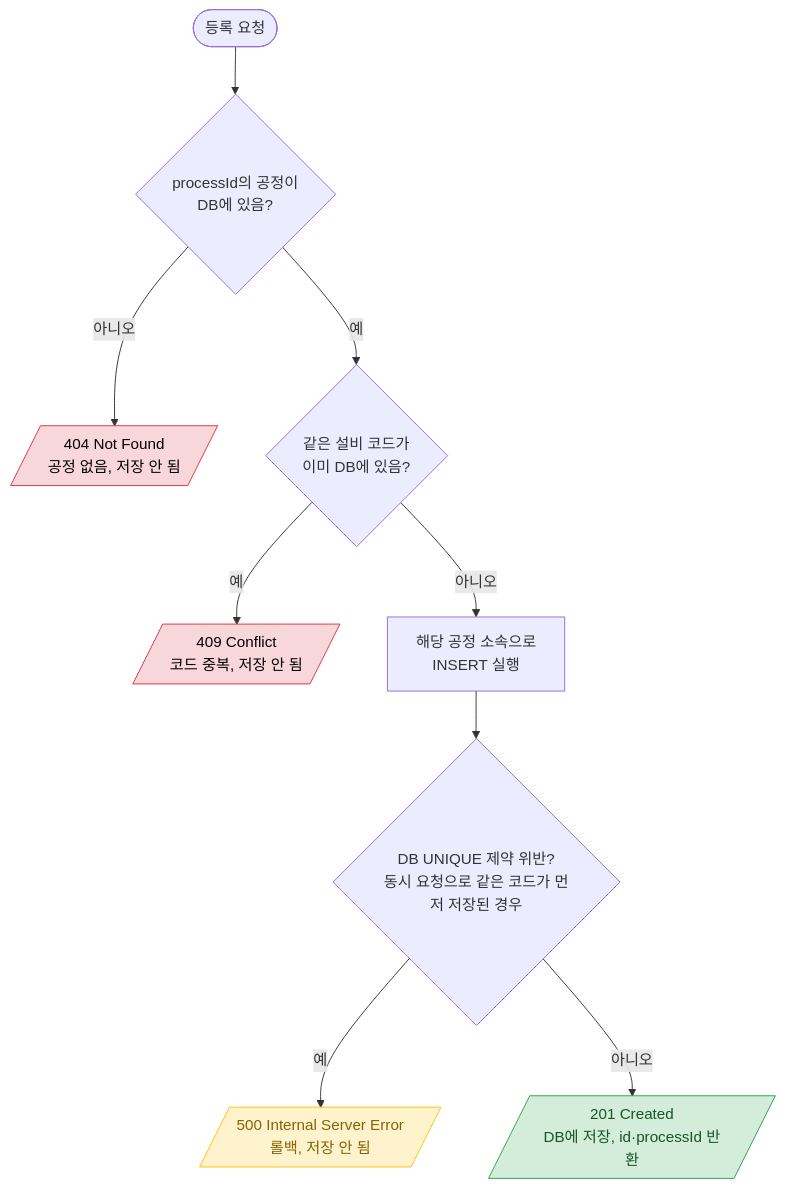
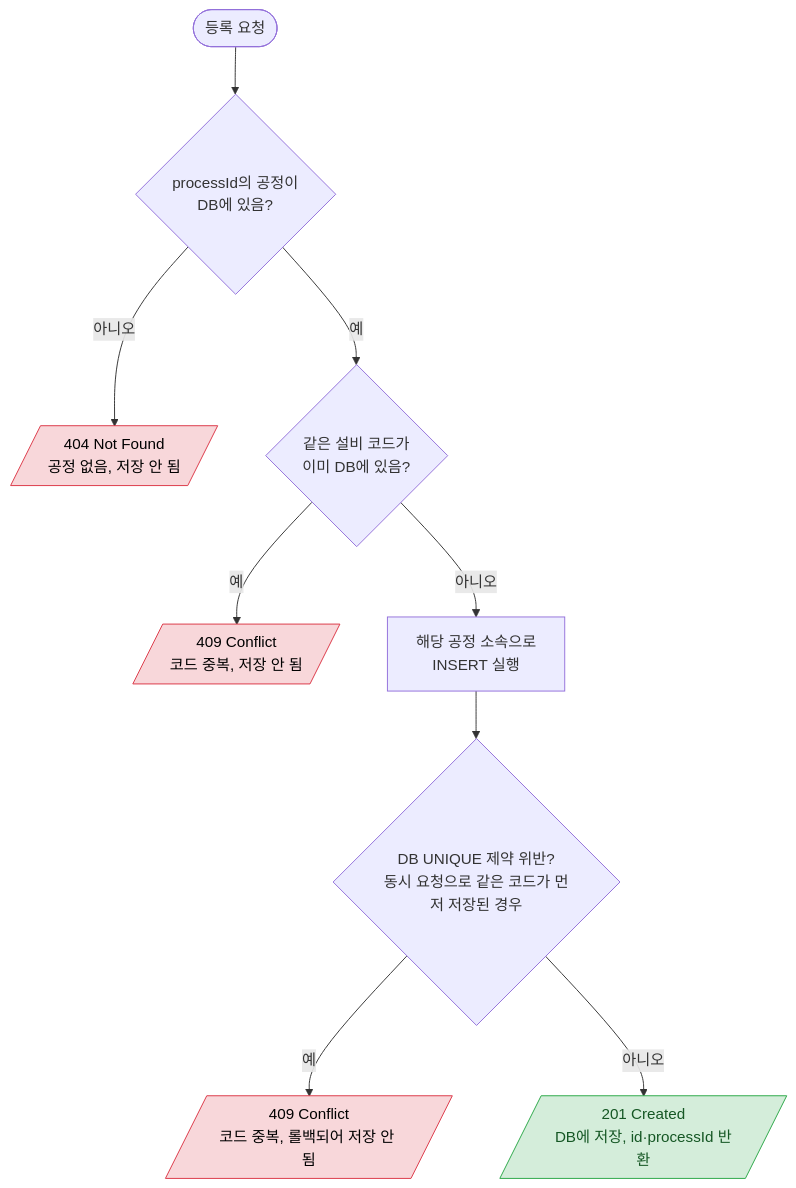
One commit to Gaktsu/side_proejct1 changed the diagram in project/diagrams/02-equipment-create.md. Above: the diagram before and after it, drawn with Mermaid. The commit also changed other lines of this file and 25 other files, not shown here.

````diff
--- a/project/diagrams/02-equipment-create.md
+++ b/project/diagrams/02-equipment-create.md
@@ -5,18 +5,16 @@
 ```mermaid
 flowchart TD
     A([등록 요청]) --> C{processId의 공정이<br/>DB에 있음?}
     C -- 아니오 --> R404[/404 Not Found<br/>공정 없음, 저장 안 됨/]
     C -- 예 --> D{같은 설비 코드가<br/>이미 DB에 있음?}
     D -- 예 --> R409[/409 Conflict<br/>코드 중복, 저장 안 됨/]
     D -- 아니오 --> E[해당 공정 소속으로<br/>INSERT 실행]
     E --> F{DB UNIQUE 제약 위반?<br/>동시 요청으로 같은 코드가 먼저 저장된 경우}
-    F -- 예 --> R500[/500 Internal Server Error<br/>롤백, 저장 안 됨/]
+    F -- 예 --> R409B[/409 Conflict<br/>코드 중복, 롤백되어 저장 안 됨/]
     F -- 아니오 --> R201[/201 Created<br/>DB에 저장, id·processId 반환/]
 
     classDef ok fill:#d4edda,stroke:#28a745,color:#155724
     classDef fail fill:#f8d7da,stroke:#dc3545,color:#000000
-    classDef bug fill:#fff3cd,stroke:#ffc107,color:#856404
     class R201 ok
-    class R404,R409 fail
-    class R500 bug
+    class R404,R409,R409B fail
 ```
````
